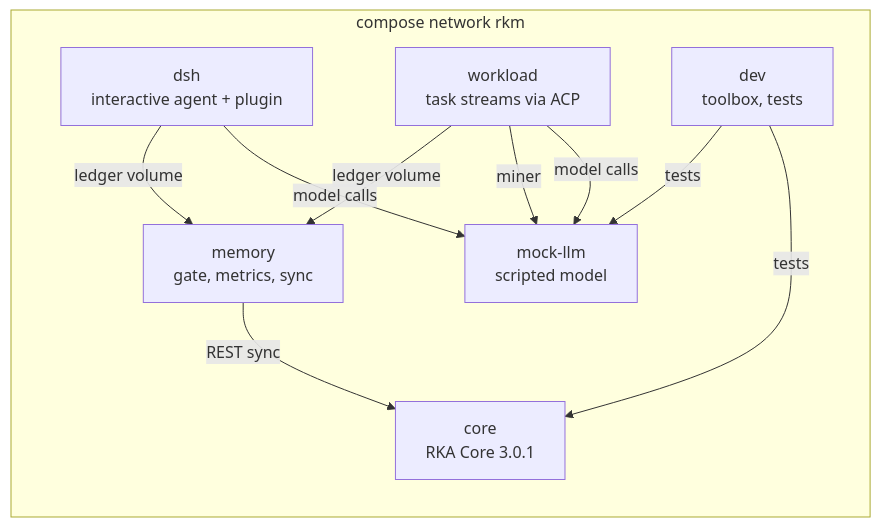
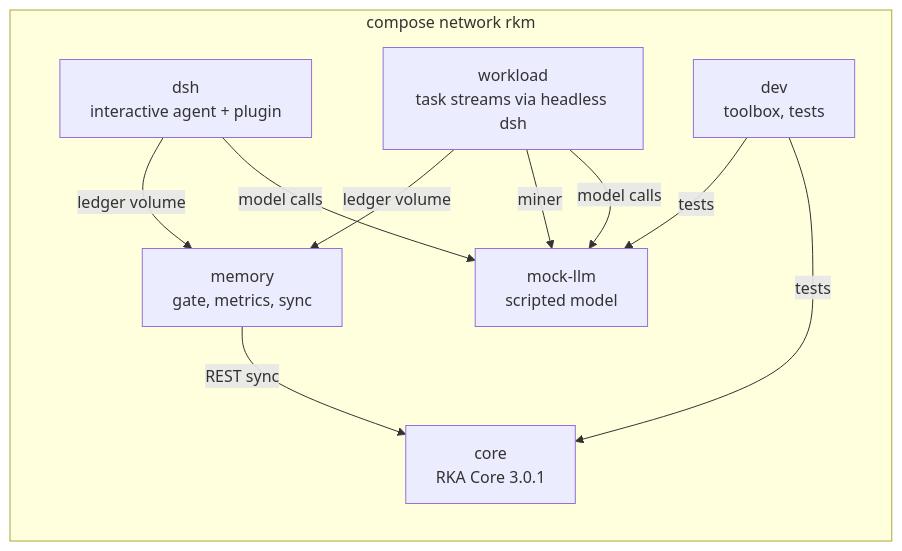
One commit to infinitywings/memo-layer changed the diagram in docs/DEV_ENV_PLAN.md. Above: the diagram before and after it, drawn with Mermaid. The commit also changed other lines of this file and 30 other files, not shown here.

````diff
--- a/docs/DEV_ENV_PLAN.md
+++ b/docs/DEV_ENV_PLAN.md
@@ -23,19 +23,19 @@
 ```mermaid
 flowchart LR
   subgraph net[compose network rkm]
     core[core<br/>RKA Core 3.0.1]
     llm[mock-llm<br/>scripted model]
     dsh[dsh<br/>interactive agent + plugin]
-    wl[workload<br/>task streams via ACP]
+    wl[workload<br/>task streams via headless dsh]
     mem[memory<br/>gate, metrics, sync]
     dev[dev<br/>toolbox, tests]
   end
   dsh -- model calls --> llm
   wl -- model calls --> llm
   wl -- miner --> llm
   dsh -- ledger volume --> mem
   wl -- ledger volume --> mem
   mem -- REST sync --> core
   dev -- tests --> core
   dev -- tests --> llm
 ```
````
